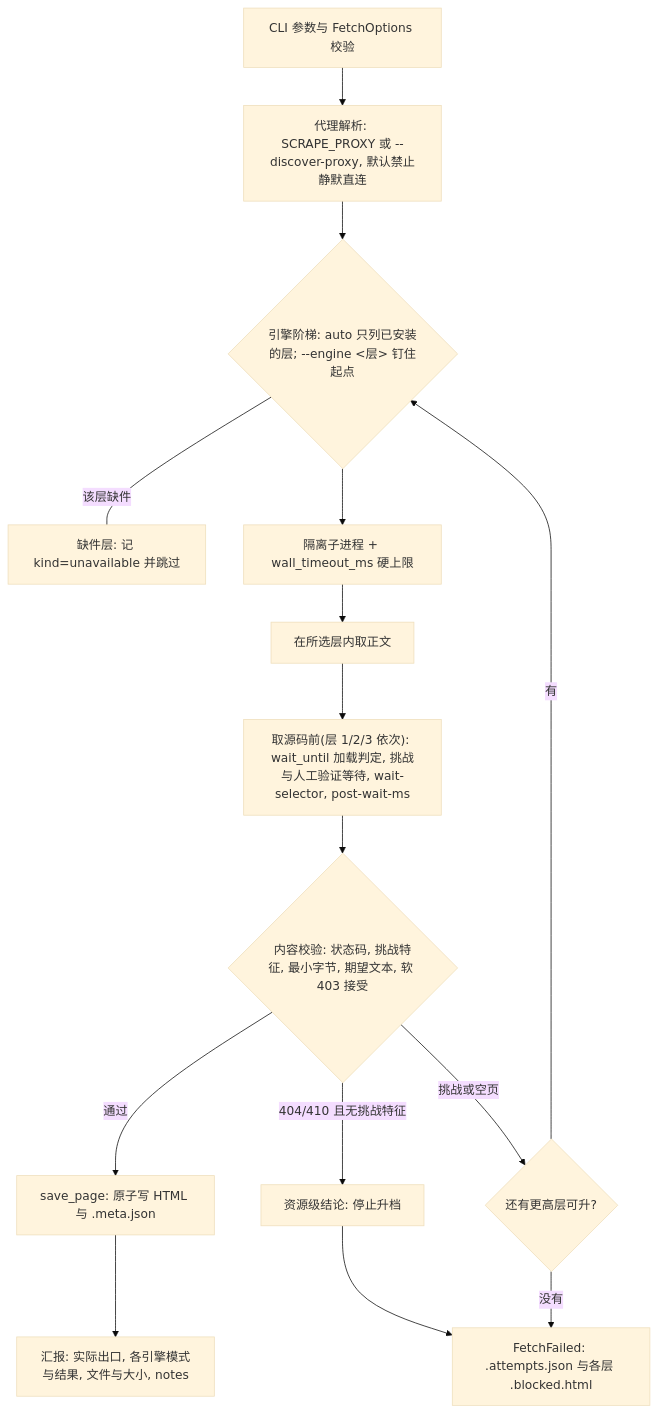
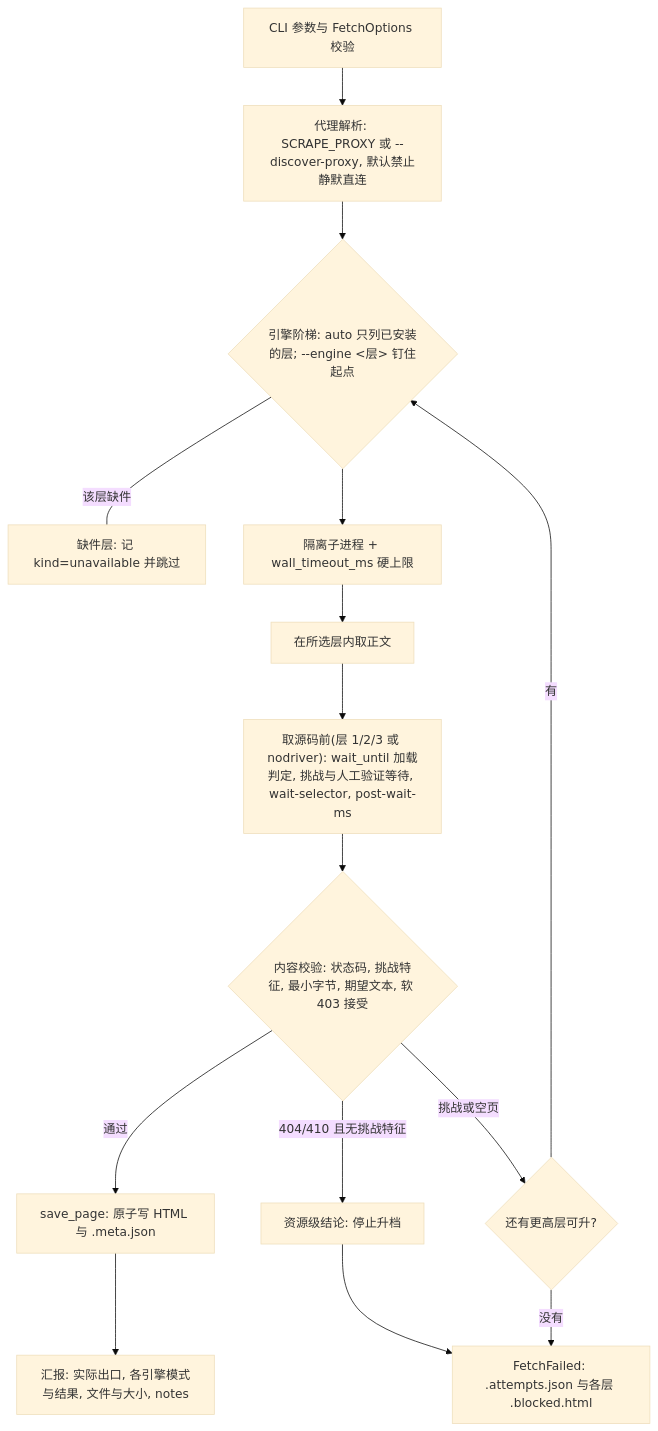
The second of 2 diagrams in skills/resilient-browser-fetch/SKILL.md (xuchaoxin1375/skills-for-developer), drawn with Mermaid (base theme) before and after one commit. The commit also changed other lines of this file and 20 other files, not shown here.

````diff
--- a/skills/resilient-browser-fetch/SKILL.md
+++ b/skills/resilient-browser-fetch/SKILL.md
@@ -216,17 +223,17 @@
 ```mermaid
 flowchart TD
     A[CLI 参数与 FetchOptions 校验] --> B[代理解析: SCRAPE_PROXY 或 --discover-proxy, 默认禁止静默直连]
     B --> C{"引擎阶梯: auto 只列已安装的层; --engine <层> 钉住起点"}
     C ---|该层缺件| U[缺件层: 记 kind=unavailable 并跳过]
     C --> D[隔离子进程 + wall_timeout_ms 硬上限]
     D --> E[在所选层内取正文]
-    E --> W["取源码前(层 1/2/3 依次): wait_until 加载判定, 挑战与人工验证等待, wait-selector, post-wait-ms"]
+    E --> W["取源码前(层 1/2/3 或 nodriver): wait_until 加载判定, 挑战与人工验证等待, wait-selector, post-wait-ms"]
     W --> V{内容校验: 状态码, 挑战特征, 最小字节, 期望文本, 软 403 接受}
     V -->|通过| S[save_page: 原子写 HTML 与 .meta.json]
     V -->|"404/410 且无挑战特征"| X["资源级结论: 停止升档"]
     V -->|挑战或空页| N{还有更高层可升?}
     N -->|有| C
     N -->|没有| F[FetchFailed: .attempts.json 与各层 .blocked.html]
     X --> F
     S --> R[汇报: 实际出口, 各引擎模式与结果, 文件与大小, notes]
 ```
````
